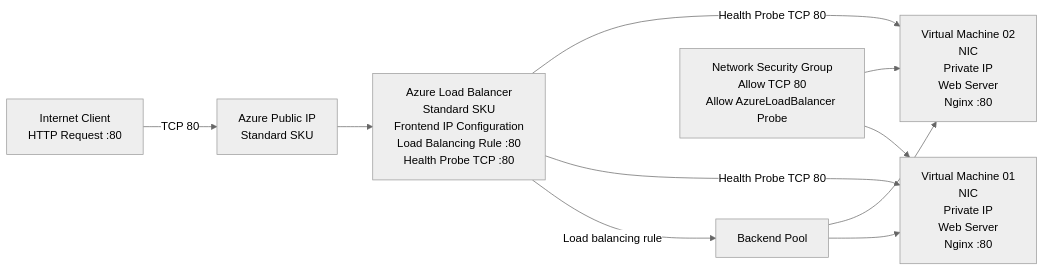
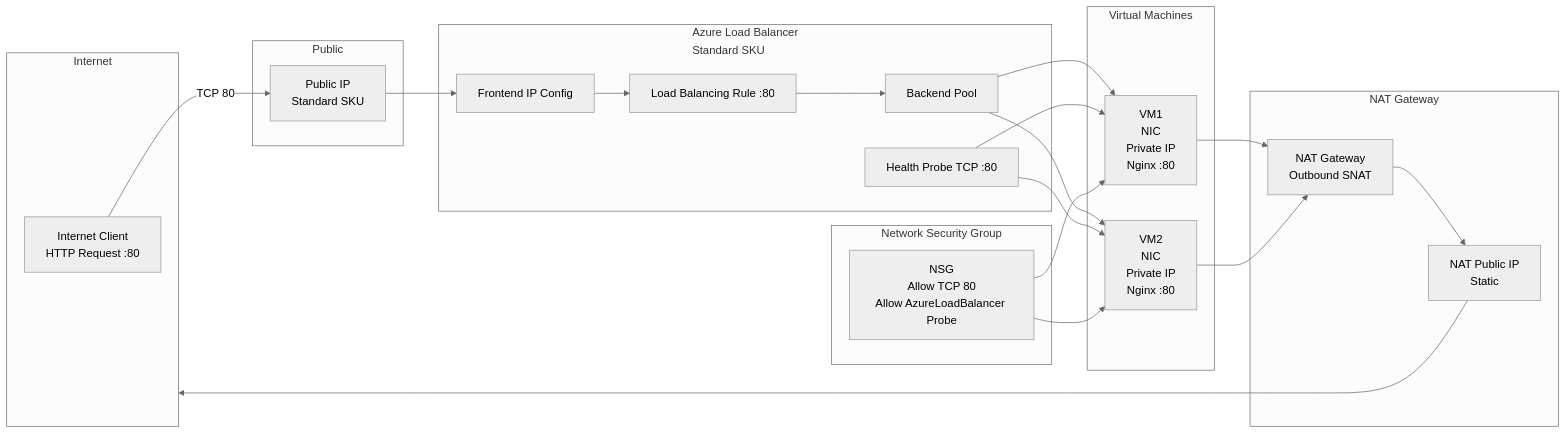
One commit to dolr02/P2S_lab changed the diagram in LoadBalancer(StandardSKU)/schema.md. Above: the diagram before and after it, drawn with Mermaid (neutral theme). The commit also changed other lines of this file, not shown here.

Commit message:
sync with git + my changes

````diff
--- a/LoadBalancer(StandardSKU)/schema.md
+++ b/LoadBalancer(StandardSKU)/schema.md
@@ -1,26 +1,53 @@
 ```mermaid
 flowchart LR
-    Client[Internet Client<br/>HTTP Request :80]
 
-    PIP[Azure Public IP<br/>Standard SKU]
-    LB[Azure Load Balancer<br/>Standard SKU<br/>Frontend IP Configuration<br/>Load Balancing Rule :80<br/>Health Probe TCP :80]
-    BE[Backend Pool]
+    subgraph Internet
+        Client[Internet Client<br/>HTTP Request :80]
+    end
 
-    VM1[Virtual Machine 01<br/>NIC<br/>Private IP<br/>Web Server<br/>Nginx :80]
-    VM2[Virtual Machine 02<br/>NIC<br/>Private IP<br/>Web Server<br/>Nginx :80]
+    subgraph Public
+        PIP[Public IP<br/>Standard SKU]
+    end
 
-    NSG[Network Security Group<br/>Allow TCP 80<br/>Allow AzureLoadBalancer Probe]
+    subgraph LB["Azure Load Balancer<br/>Standard SKU"]
+        LBF[Frontend IP Config]
+        LBR[Load Balancing Rule :80]
+        LBP[Health Probe TCP :80]
+        BE[Backend Pool]
+    end
 
+    subgraph Compute["Virtual Machines"]
+        VM1[VM1<br/>NIC<br/>Private IP<br/>Nginx :80]
+        VM2[VM2<br/>NIC<br/>Private IP<br/>Nginx :80]
+    end
+
+    subgraph Security["Network Security Group"]
+        NSG[NSG<br/>Allow TCP 80<br/>Allow AzureLoadBalancer Probe]
+    end
+
+    subgraph NAT["NAT Gateway"]
+        NATPIP[NAT Public IP<br/>Static]
+        NGW[NAT Gateway<br/>Outbound SNAT]
+    end
+
+    %% Inbound flow
     Client -->|TCP 80| PIP
-    PIP --> LB
-    LB -->|Load balancing rule| BE
+    PIP --> LBF
+    LBF --> LBR
+    LBR --> BE
 
     BE --> VM1
     BE --> VM2
 
-    LB -->|Health Probe TCP 80| VM1
-    LB -->|Health Probe TCP 80| VM2
+    LBP --> VM1
+    LBP --> VM2
 
     NSG --> VM1
     NSG --> VM2
+
+    %% Outbound flow
+    VM1 --> NGW
+    VM2 --> NGW
+    NGW --> NATPIP
+    NATPIP --> Internet
 ```
````
